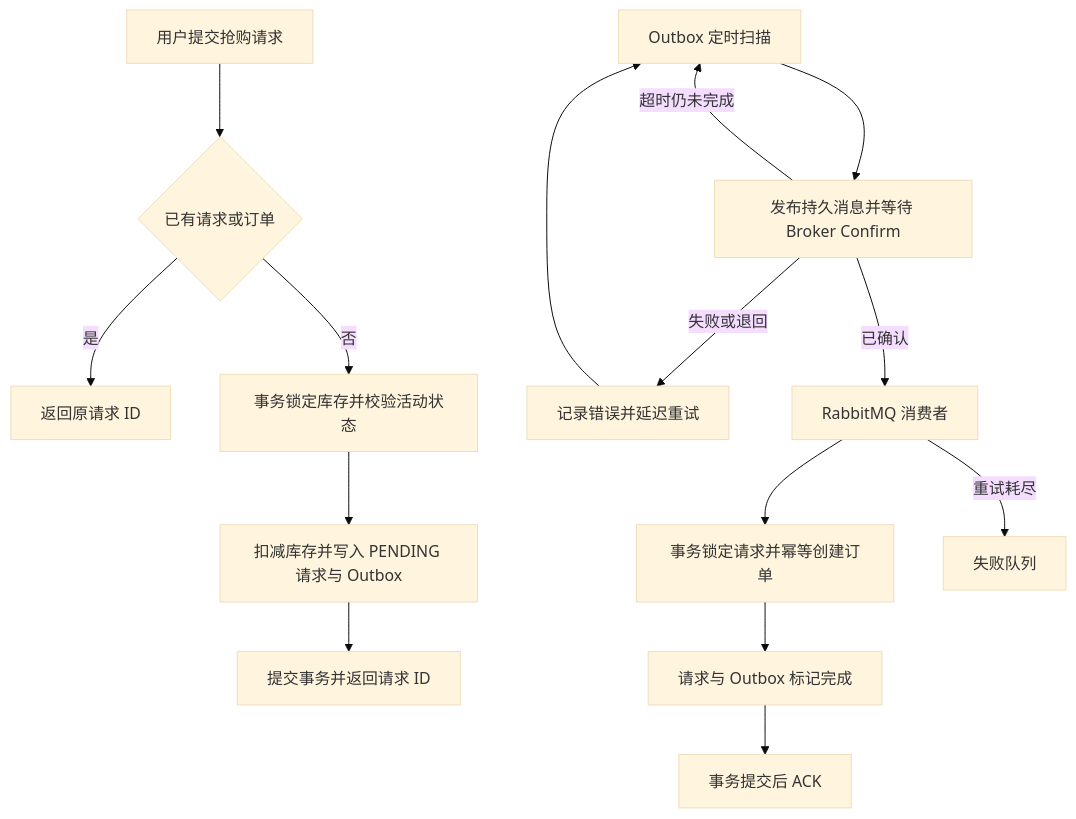
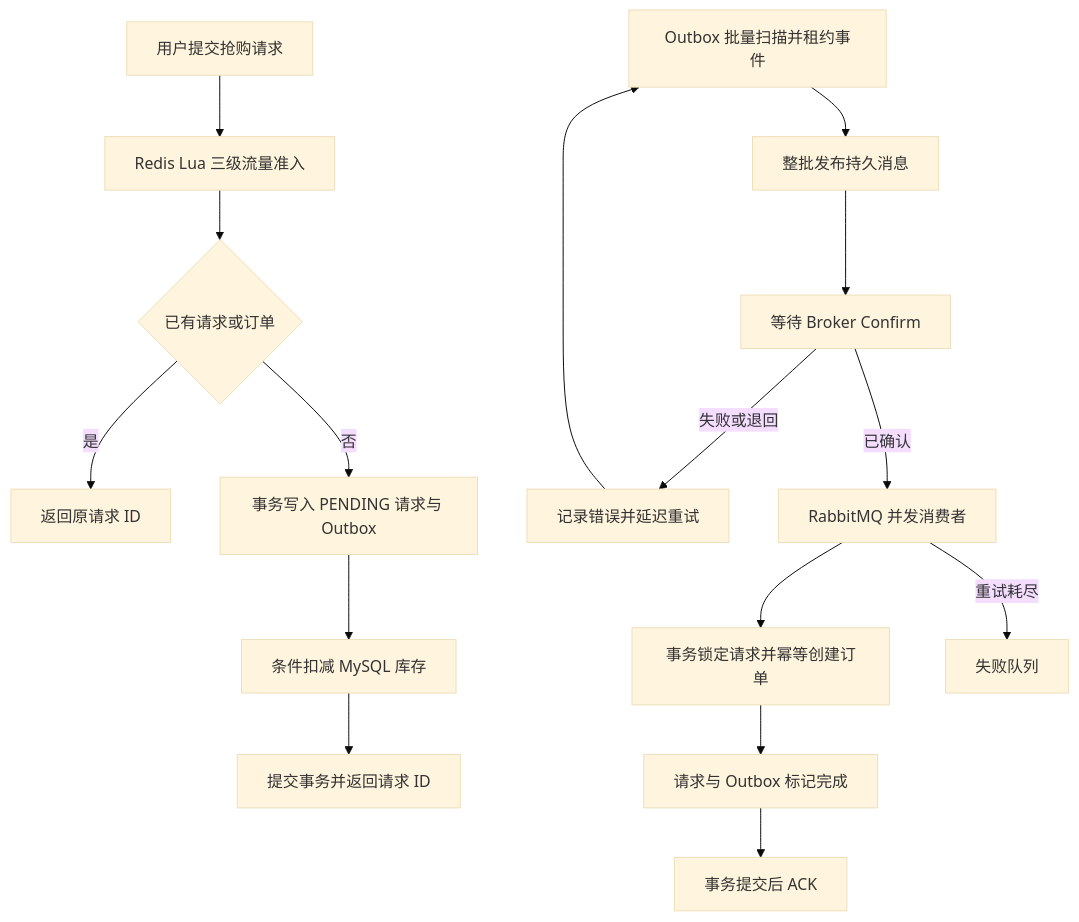
One commit to ctmd1234567/event-trading-platform changed the diagram in README.md. Above: the diagram before and after it, drawn with Mermaid (base theme). The commit also changed other lines of this file and 17 other files, not shown here.

````diff
--- a/README.md
+++ b/README.md
@@ -30,18 +28,19 @@
 ```mermaid
 flowchart TD
-  A[用户提交抢购请求] --> B{已有请求或订单}
-  B -- 是 --> C[返回原请求 ID]
-  B -- 否 --> D[事务锁定库存并校验活动状态]
-  D --> E[扣减库存并写入 PENDING 请求与 Outbox]
-  E --> F[提交事务并返回请求 ID]
+  A[用户提交抢购请求] --> B[Redis Lua 三级流量准入]
+  B --> C{已有请求或订单}
+  C -- 是 --> D[返回原请求 ID]
+  C -- 否 --> E[事务写入 PENDING 请求与 Outbox]
+  E --> F[条件扣减 MySQL 库存]
+  F --> G[提交事务并返回请求 ID]
 
-  G[Outbox 定时扫描] --> H[发布持久消息并等待 Broker Confirm]
-  H -- 失败或退回 --> I[记录错误并延迟重试]
-  I --> G
-  H -- 已确认 --> J[RabbitMQ 消费者]
-  J --> K[事务锁定请求并幂等创建订单]
-  K --> L[请求与 Outbox 标记完成]
-  L --> M[事务提交后 ACK]
-  J -- 重试耗尽 --> N[失败队列]
-  H -- 超时仍未完成 --> G
+  H[Outbox 批量扫描并租约事件] --> I[整批发布持久消息]
+  I --> J[等待 Broker Confirm]
+  J -- 失败或退回 --> K[记录错误并延迟重试]
+  K --> H
+  J -- 已确认 --> L[RabbitMQ 并发消费者]
+  L --> M[事务锁定请求并幂等创建订单]
+  M --> N[请求与 Outbox 标记完成]
+  N --> O[事务提交后 ACK]
+  L -- 重试耗尽 --> P[失败队列]
 ```
````
